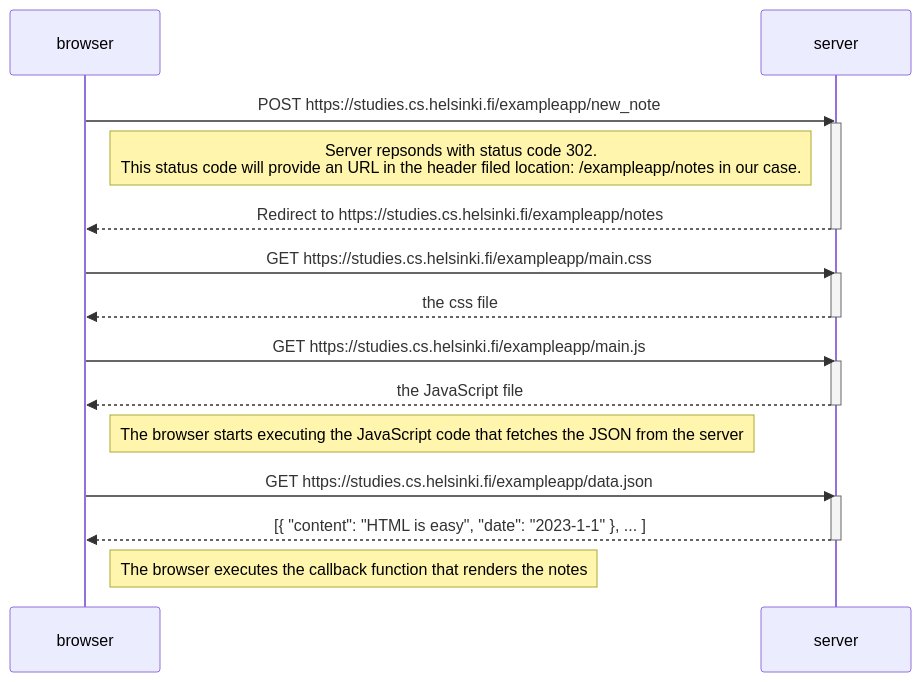
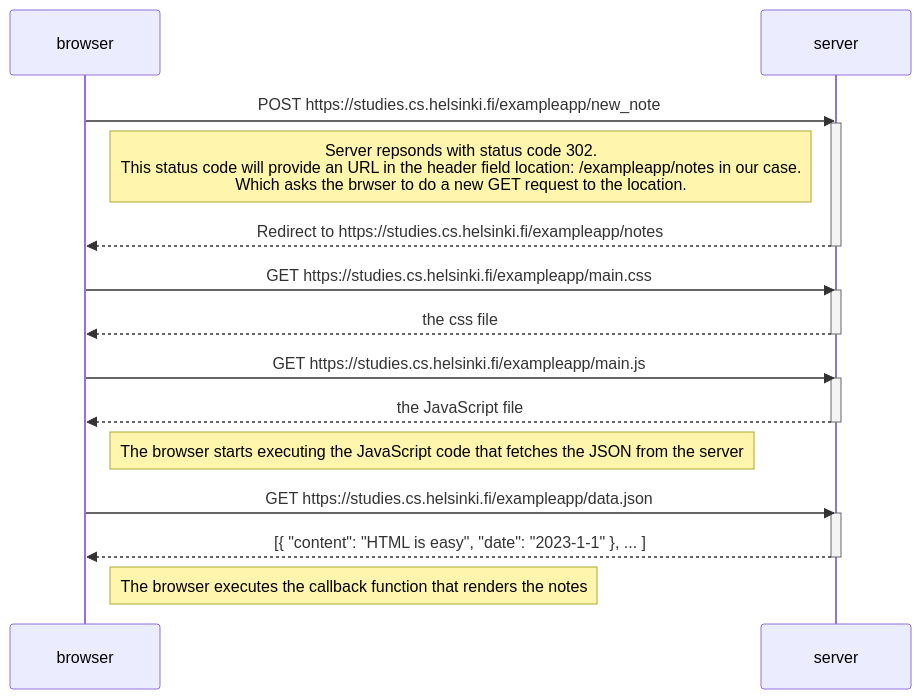
Before and after one commit to KaomN/full_stack_open: the diagram in part0/04/new_note_diagram.md, drawn with Mermaid.

````diff
--- a/part0/04/new_note_diagram.md
+++ b/part0/04/new_note_diagram.md
@@ -1,30 +1,30 @@
 ```mermaid
 sequenceDiagram
 	participant browser
 	participant server
 	
 	browser->>server: POST https://studies.cs.helsinki.fi/exampleapp/new_note
 	activate server
-	Note left of server: Server repsonds with status code 302.<br/>This status code will provide an URL in the header filed location: /exampleapp/notes in our case.
+	Note left of server: Server repsonds with status code 302.<br/>This status code will provide an URL in the header field location: /exampleapp/notes in our case.<br/> Which asks the brwser to do a new GET request to the location.
 	server-->>browser: Redirect to https://studies.cs.helsinki.fi/exampleapp/notes
 	deactivate server
 	
 	browser->>server: GET https://studies.cs.helsinki.fi/exampleapp/main.css
 	activate server
 	server-->>browser: the css file
 	deactivate server
 	
 	browser->>server: GET https://studies.cs.helsinki.fi/exampleapp/main.js
 	activate server
 	server-->>browser: the JavaScript file
 	deactivate server
 	
 	Note right of browser: The browser starts executing the JavaScript code that fetches the JSON from the server
 	
 	browser->>server: GET https://studies.cs.helsinki.fi/exampleapp/data.json
 	activate server
 	server-->>browser: [{ "content": "HTML is easy", "date": "2023-1-1" }, ... ]
 	deactivate server    
 
-	Note right of browser: The browser executes the callback function that renders the notes 
+	Note right of browser: The browser executes the callback function that renders the notes
 ```
````
